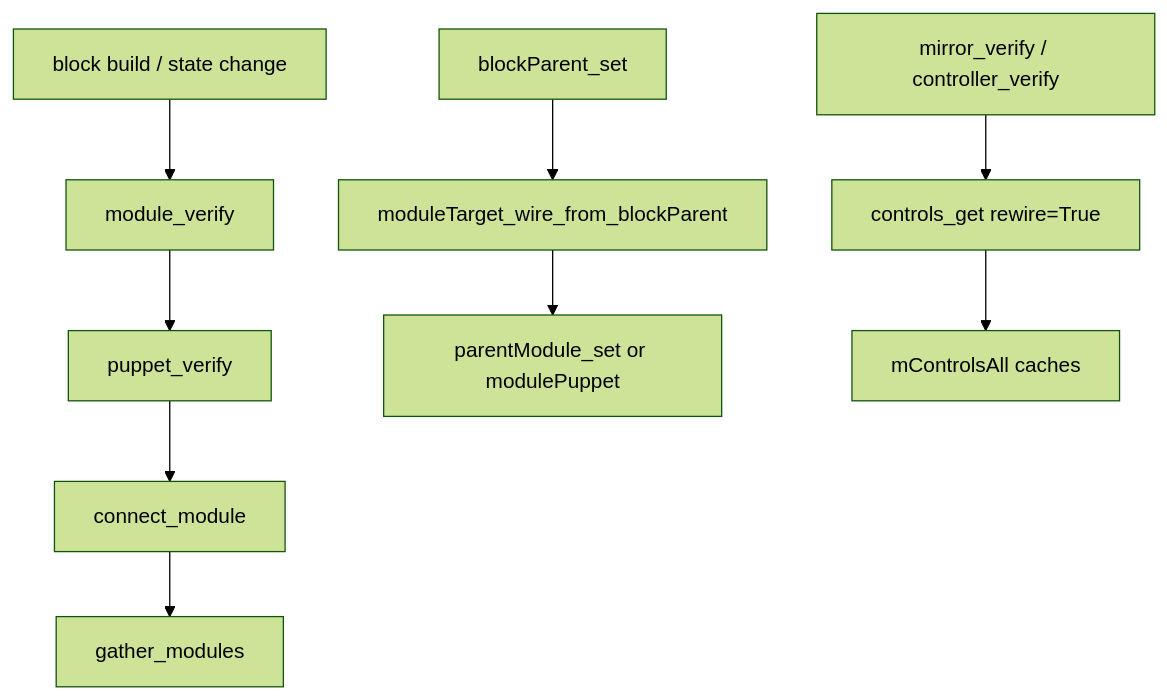
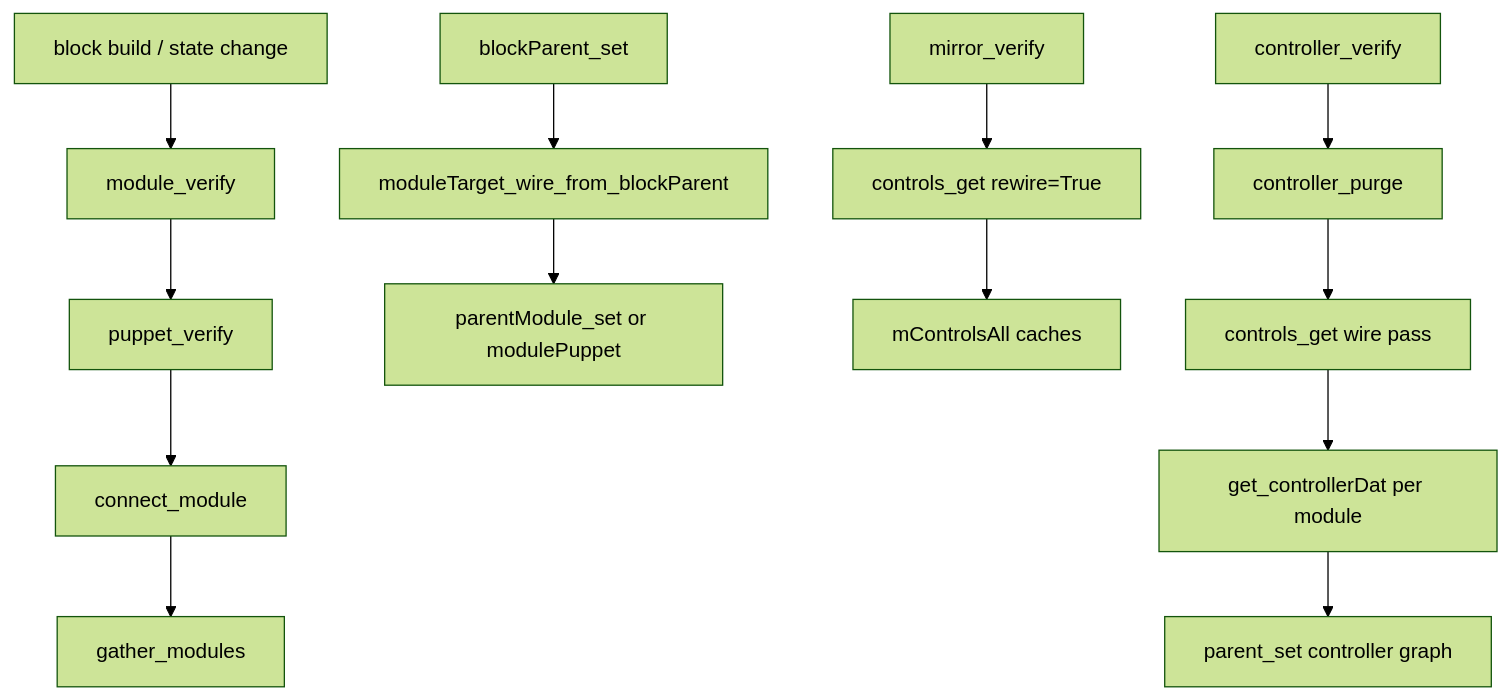
The first of 4 diagrams in Features/Feature_MRSWiring.md (jjburton/cgmToolsDev), drawn with Mermaid (forest theme) before and after one commit. The commit also changed other lines of this file and 3 other files, not shown here.

````diff
--- a/Features/Feature_MRSWiring.md
+++ b/Features/Feature_MRSWiring.md
@@ -50,11 +54,15 @@
 ```mermaid
 flowchart TD
   Build[block build / state change] --> MV[module_verify]
   MV --> PV[puppet_verify]
   PV --> CM[connect_module]
   CM --> GM[gather_modules]
   BP[blockParent_set] --> MTW[moduleTarget_wire_from_blockParent]
   MTW --> PMS[parentModule_set or modulePuppet]
-  Mirror[mirror_verify / controller_verify] --> RW[controls_get rewire=True]
+  Mirror[mirror_verify] --> RW[controls_get rewire=True]
   RW --> Cache[mControlsAll caches]
+  CV[controller_verify] --> Purge[controller_purge]
+  Purge --> CG[controls_get wire pass]
+  CG --> GCD[get_controllerDat per module]
+  GCD --> Wire[parent_set controller graph]
 ```
````
